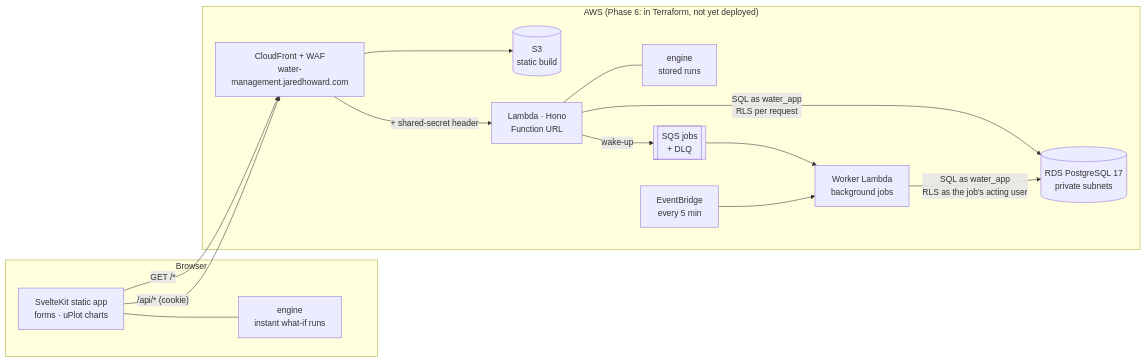
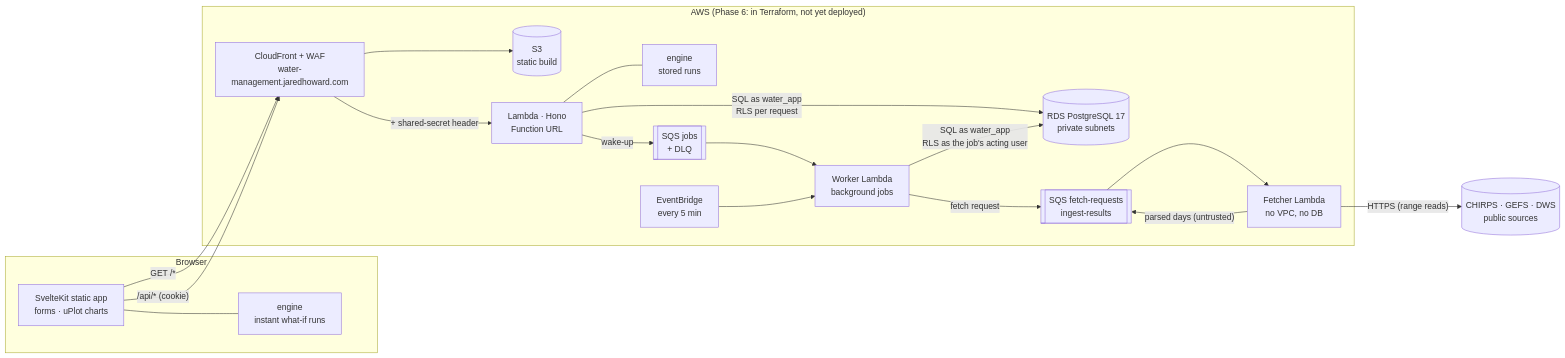
Before and after one commit to Absence0760/project-water-management: the first of 2 diagrams in docs/architecture.md, drawn with Mermaid. The commit also changed other lines of this file and 13 other files, not shown here.

First line of the commit message:
docs(feeds): data feeds across architecture, api, data-model, deployment, run-locally, security, ui, model, infra/README; follow-ups and the WP-2.10 status note

````diff
--- a/docs/architecture.md
+++ b/docs/architecture.md
@@ -10,27 +10,33 @@
 ```mermaid
 flowchart LR
   subgraph Browser
     UI[SvelteKit static app<br/>forms · uPlot charts]
     EB[engine<br/>instant what-if runs]
     UI --- EB
   end
 
   subgraph AWS["AWS (Phase 6: in Terraform, not yet deployed)"]
     CF[CloudFront + WAF<br/>water-management.jaredhoward.com]
     S3[(S3<br/>static build)]
     L[Lambda · Hono<br/>Function URL]
     EL[engine<br/>stored runs]
     DB[(RDS PostgreSQL 17<br/>private subnets)]
     Q[[SQS jobs<br/>+ DLQ]]
     T[EventBridge<br/>every 5 min]
     W[Worker Lambda<br/>background jobs]
+    FQ[[SQS fetch-requests<br/>ingest-results]]
+    FL[Fetcher Lambda<br/>no VPC, no DB]
     L --- EL
   end
+  SRC[(CHIRPS · GEFS · DWS<br/>public sources)]
 
   UI -- "GET /*" --> CF --> S3
   UI -- "/api/* (cookie)" --> CF -- "+ shared-secret header" --> L
   L -- "SQL as water_app<br/>RLS per request" --> DB
   L -- "wake-up" --> Q --> W
   T --> W
   W -- "SQL as water_app<br/>RLS as the job's acting user" --> DB
+  W -- "fetch request" --> FQ --> FL
+  FL -- "HTTPS (range reads)" --> SRC
+  FL -- "parsed days (untrusted)" --> FQ
 ```
````
